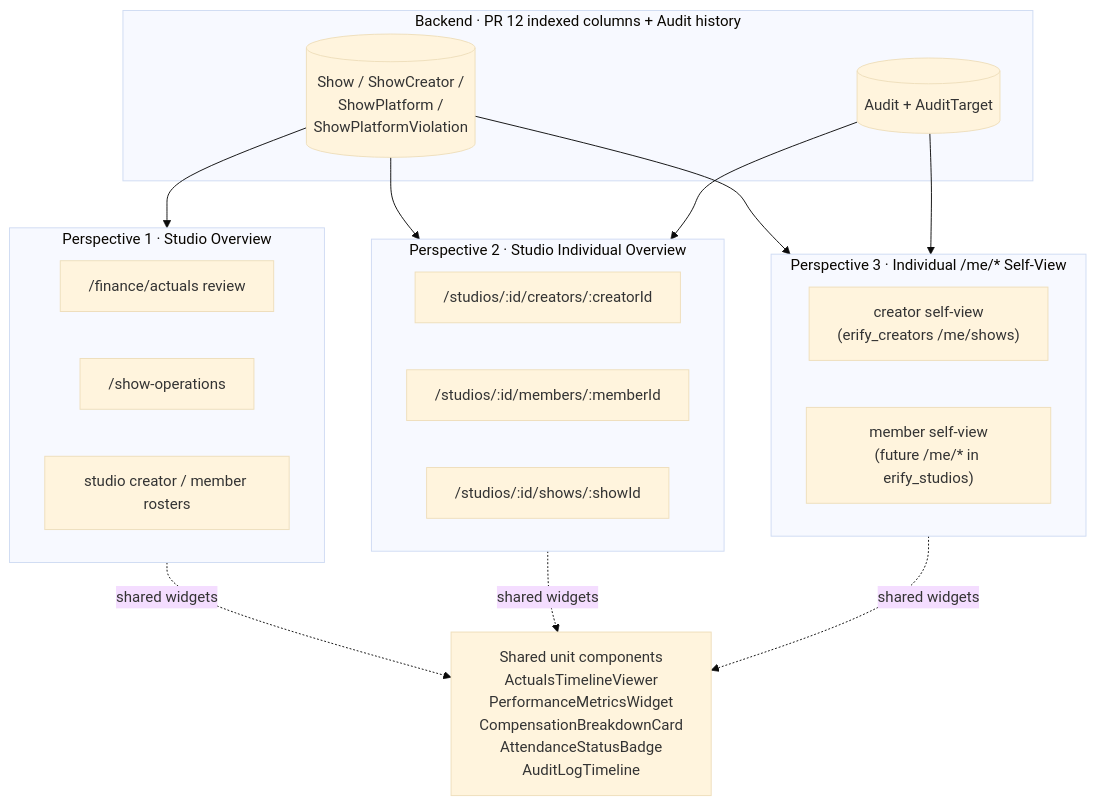
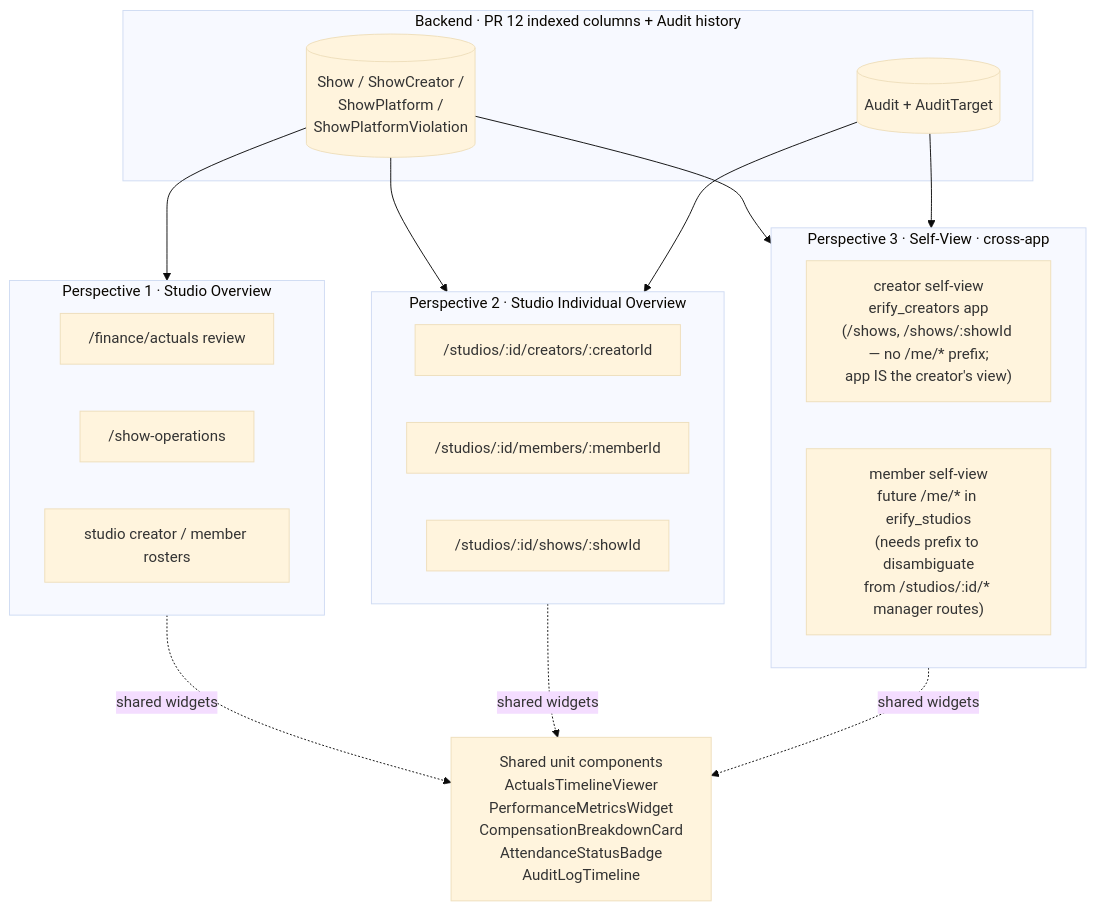
One commit to allenlin90/eridu-services changed the fifth of 5 diagrams in apps/erify_api/docs/design/TASK_INPUT_FACT_BINDING_DESIGN.md. Above: the diagram before and after it, drawn with Mermaid (base theme). The commit also changed other lines of this file and 3 other files, not shown here.

First line of the commit message:
docs(phase4): clarify P3 cross-app boundary (creator vs member self-view)

````diff
--- a/apps/erify_api/docs/design/TASK_INPUT_FACT_BINDING_DESIGN.md
+++ b/apps/erify_api/docs/design/TASK_INPUT_FACT_BINDING_DESIGN.md
@@ -379,36 +379,36 @@
 ```mermaid
 flowchart TB
     subgraph BE[Backend · PR 12 indexed columns + Audit history]
         IDX[(Show / ShowCreator /<br/>ShowPlatform /<br/>ShowPlatformViolation)]
         AUDIT[(Audit + AuditTarget)]
     end
 
     subgraph P1[Perspective 1 · Studio Overview]
         SO1["/finance/actuals review"]
         SO2["/show-operations"]
         SO3["studio creator / member rosters"]
     end
 
     subgraph P2[Perspective 2 · Studio Individual Overview]
         SI1["/studios/:id/creators/:creatorId"]
         SI2["/studios/:id/members/:memberId"]
         SI3["/studios/:id/shows/:showId"]
     end
 
-    subgraph P3[Perspective 3 · Individual /me/* Self-View]
-        ME1["creator self-view<br/>(erify_creators /me/shows)"]
-        ME2["member self-view<br/>(future /me/* in erify_studios)"]
+    subgraph P3[Perspective 3 · Self-View · cross-app]
+        ME1["creator self-view<br/>erify_creators app<br/>(/shows, /shows/:showId — no /me/* prefix;<br/>app IS the creator's view)"]
+        ME2["member self-view<br/>future /me/* in erify_studios<br/>(needs prefix to disambiguate<br/>from /studios/:id/* manager routes)"]
     end
 
     IDX --> P1
     IDX --> P2
     IDX --> P3
     AUDIT --> P2
     AUDIT --> P3
 
     P1 -. shared widgets .-> W
     P2 -. shared widgets .-> W
     P3 -. shared widgets .-> W
 
     W["Shared unit components<br/>ActualsTimelineViewer<br/>PerformanceMetricsWidget<br/>CompensationBreakdownCard<br/>AttendanceStatusBadge<br/>AuditLogTimeline"]
 ```
````
